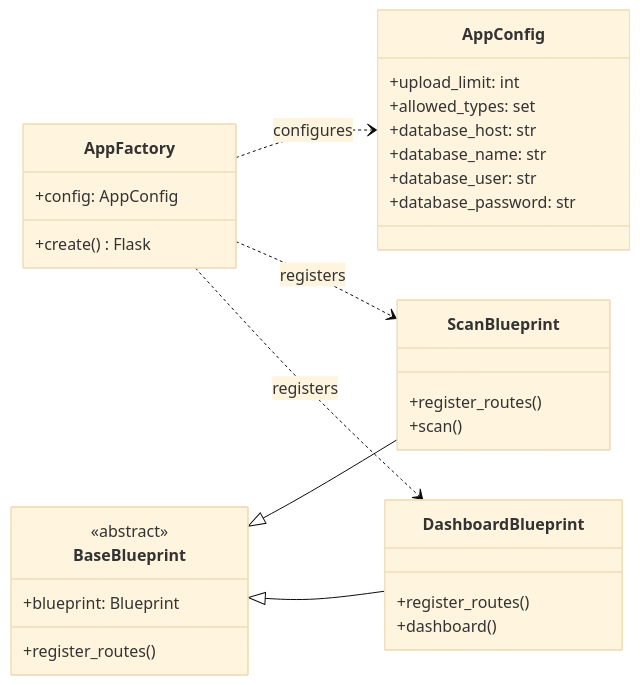
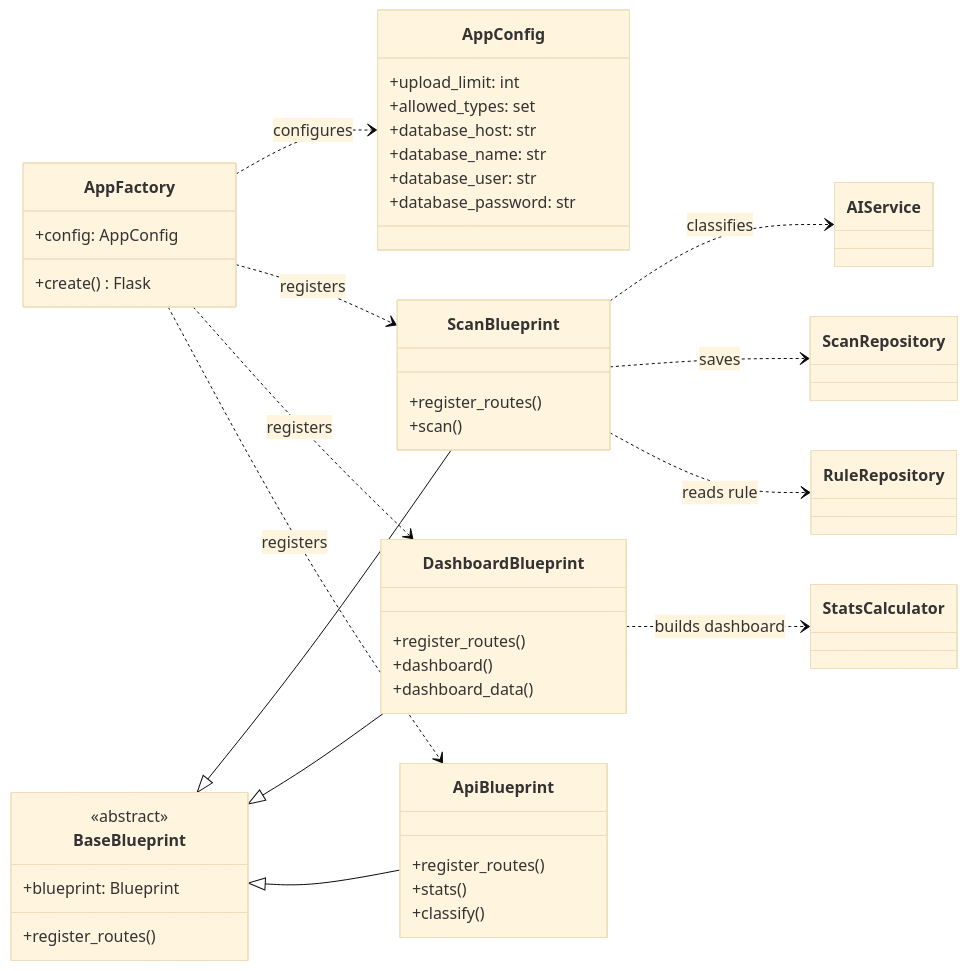
The second of 5 diagrams in README.md (Timmyy3000/waste-sorting-assistant), drawn with Mermaid (base theme) before and after one commit. The commit also changed other lines of this file and 11 other files, not shown here.

Commit message:
feat(web): integrate scan dashboard API and Docker

````diff
--- a/README.md
+++ b/README.md
@@ -66,34 +74,46 @@
 ```mermaid
 classDiagram
     direction LR
     class AppConfig {
         +upload_limit: int
         +allowed_types: set
         +database_host: str
         +database_name: str
         +database_user: str
         +database_password: str
     }
     class AppFactory {
         +config: AppConfig
         +create() Flask
     }
     class BaseBlueprint {
         <<abstract>>
         +blueprint: Blueprint
         +register_routes()
     }
     class ScanBlueprint {
         +register_routes()
         +scan()
     }
     class DashboardBlueprint {
         +register_routes()
         +dashboard()
+        +dashboard_data()
+    }
+    class ApiBlueprint {
+        +register_routes()
+        +stats()
+        +classify()
     }
     BaseBlueprint <|-- ScanBlueprint
     BaseBlueprint <|-- DashboardBlueprint
+    BaseBlueprint <|-- ApiBlueprint
     AppFactory ..> AppConfig : configures
     AppFactory ..> ScanBlueprint : registers
     AppFactory ..> DashboardBlueprint : registers
+    AppFactory ..> ApiBlueprint : registers
+    ScanBlueprint ..> AIService : classifies
+    ScanBlueprint ..> ScanRepository : saves
+    ScanBlueprint ..> RuleRepository : reads rule
+    DashboardBlueprint ..> StatsCalculator : builds dashboard
 ```
````
